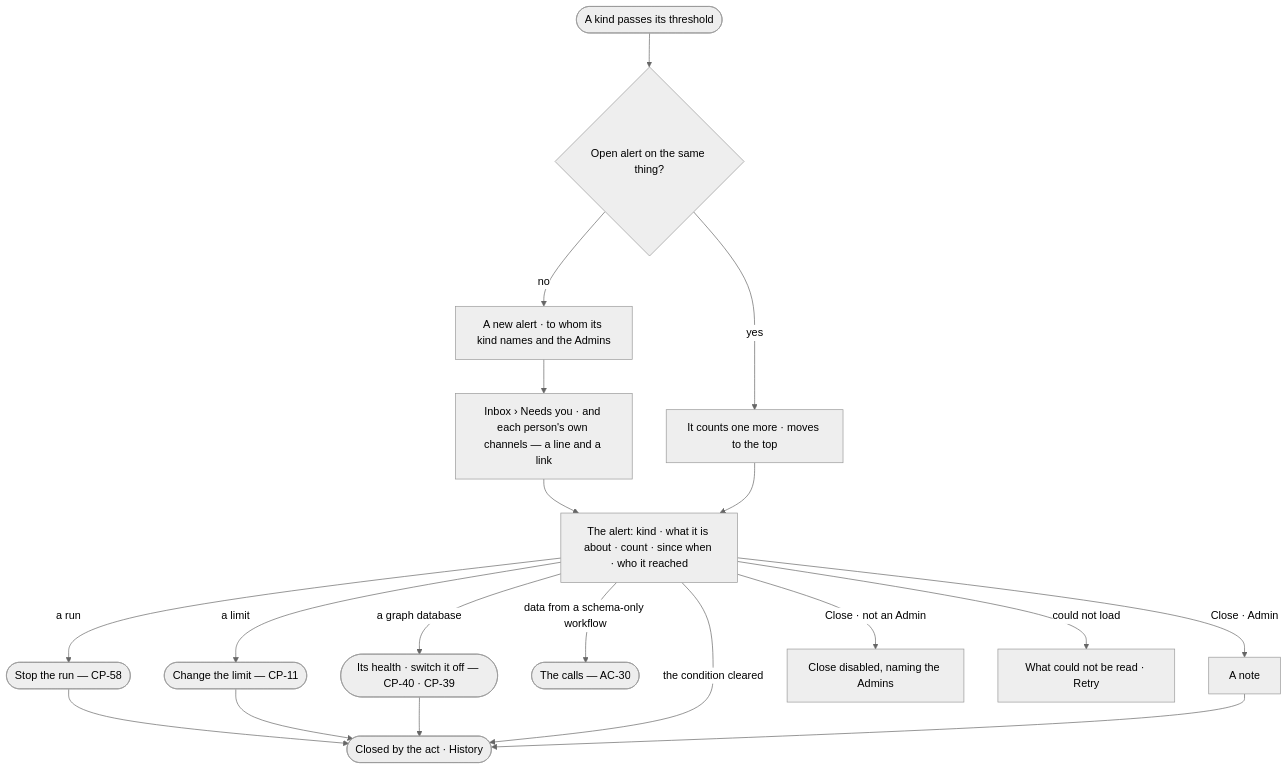
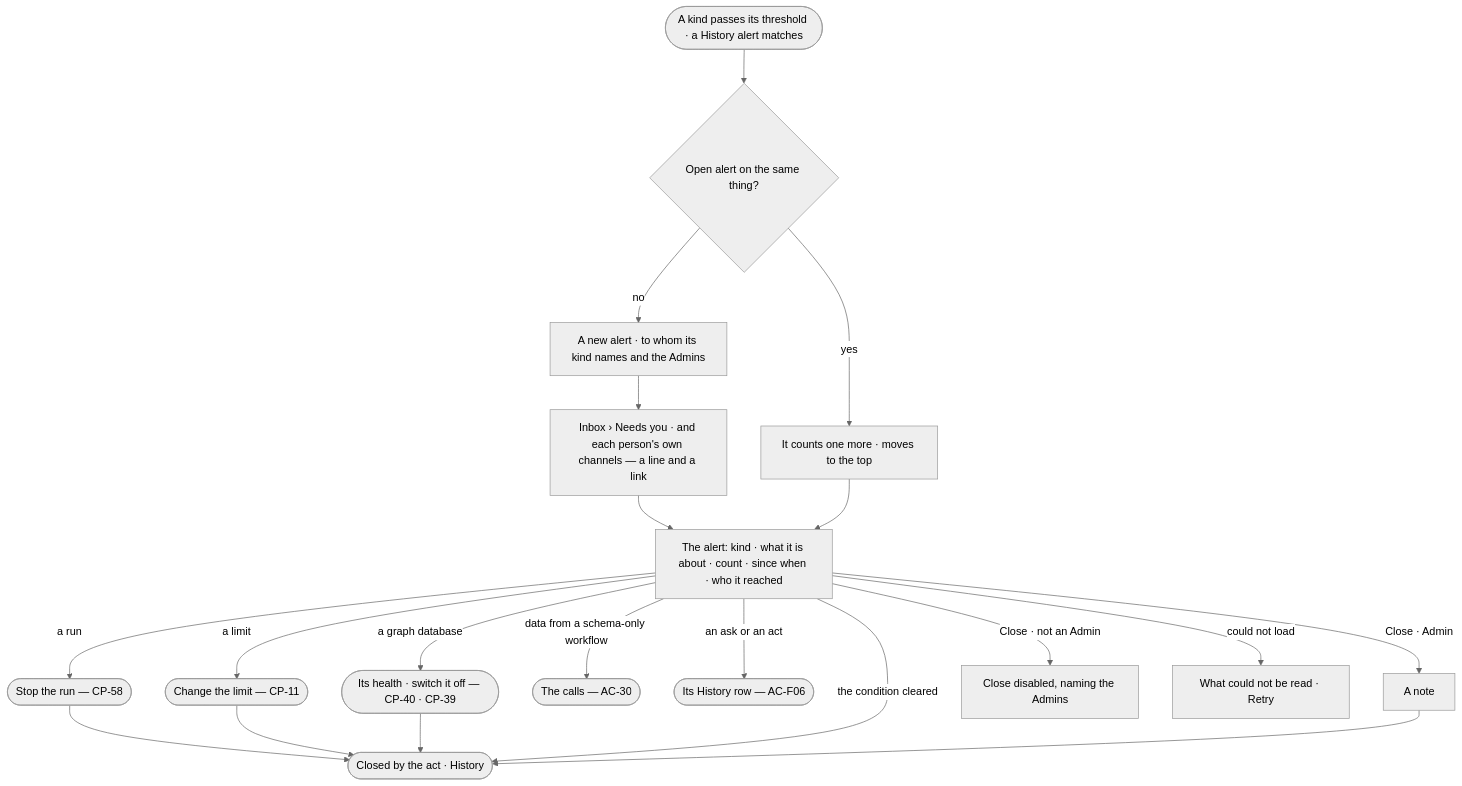
Before and after one commit to invana/invana: the diagram in specs/os/control/features/CP-F11-ops-alerting/stories/CP-59-be-told-when-an-agent-or-the-deployment-needs-someone-to-act/story.md, drawn with Mermaid (neutral theme). The commit also changed other lines of this file and 300 other files, not shown here.

````diff
--- a/specs/os/control/features/CP-F11-ops-alerting/stories/CP-59-be-told-when-an-agent-or-the-deployment-needs-someone-to-act/story.md
+++ b/specs/os/control/features/CP-F11-ops-alerting/stories/CP-59-be-told-when-an-agent-or-the-deployment-needs-someone-to-act/story.md
@@ -27,20 +28,21 @@
 ```mermaid
 flowchart TD
-  f([A kind passes its threshold]) --> o{"Open alert on the same thing?"}
+  f([A kind passes its threshold · a History alert matches]) --> o{"Open alert on the same thing?"}
   o -->|yes| c["It counts one more · moves to the top"]
   o -->|no| n["A new alert · to whom its kind names and the Admins"]
   n --> ib["Inbox › Needs you · and each person's own channels — a line and a link"]
   ib --> a["The alert: kind · what it is about · count · since when · who it reached"]
   c --> a
   a -->|a run| s(["Stop the run — CP-58"])
   a -->|a limit| l(["Change the limit — CP-11"])
   a -->|a graph database| g(["Its health · switch it off — CP-40 · CP-39"])
   a -->|data from a schema-only workflow| led(["The calls — AC-30"])
+  a -->|an ask or an act| hr(["Its History row — AC-F06"])
   s --> cl(["Closed by the act · History"])
   l --> cl
   g --> cl
   a -->|the condition cleared| cl
   a -->|Close · Admin| nt["A note"] --> cl
   a -->|Close · not an Admin| na["Close disabled, naming the Admins"]
   a -->|could not load| fl["What could not be read · Retry"]
 ```
````
